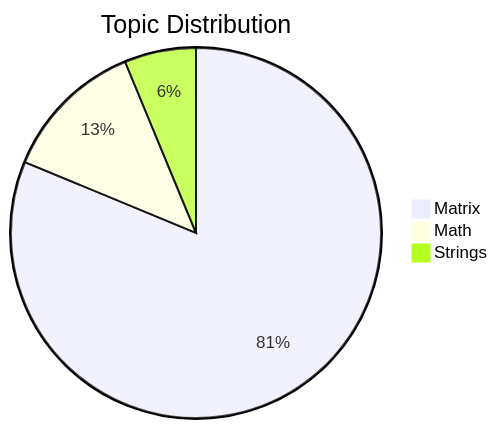
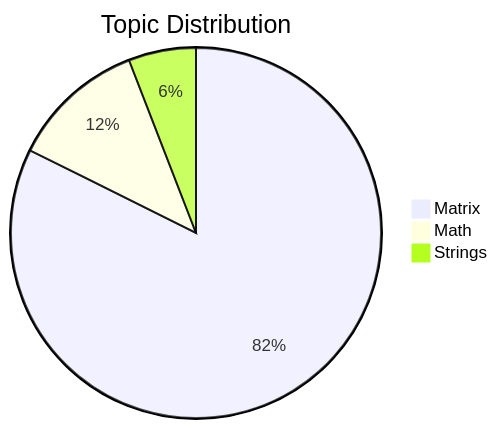
The second of 2 diagrams in README.md (PrasannaTheBest/60-Days-Hell-Period), drawn with Mermaid before and after one commit. The commit also changed other lines of this file and 2 other files, not shown here.

Commit message:
Solved: Symmetric Alphabet Pyramid [Matrix]

````diff
--- a/README.md
+++ b/README.md
@@ -73,6 +73,6 @@
 ```mermaid
 pie title Topic Distribution
-    "Matrix" : 13
+    "Matrix" : 14
     "Math" : 2
     "Strings" : 1
 ```
````
